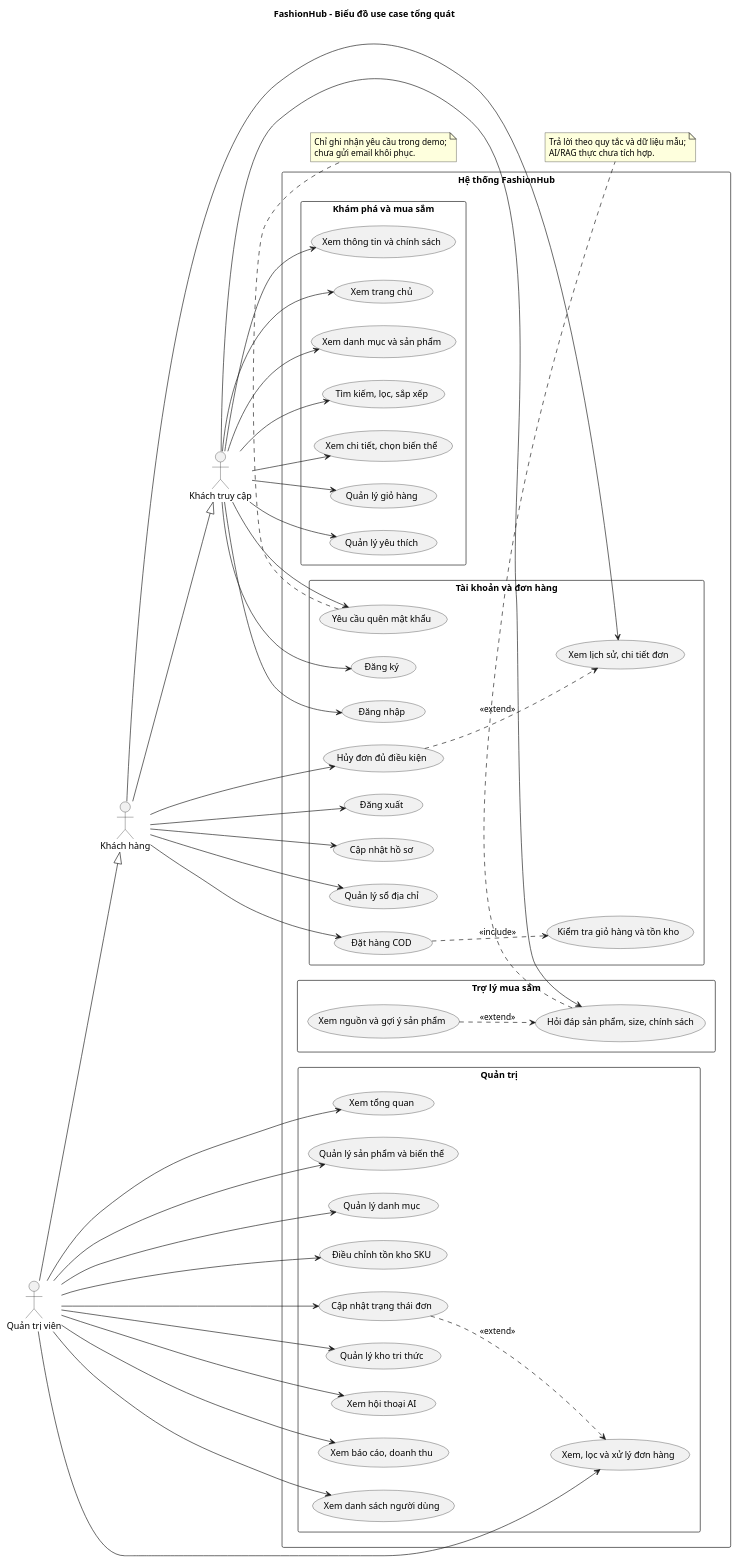
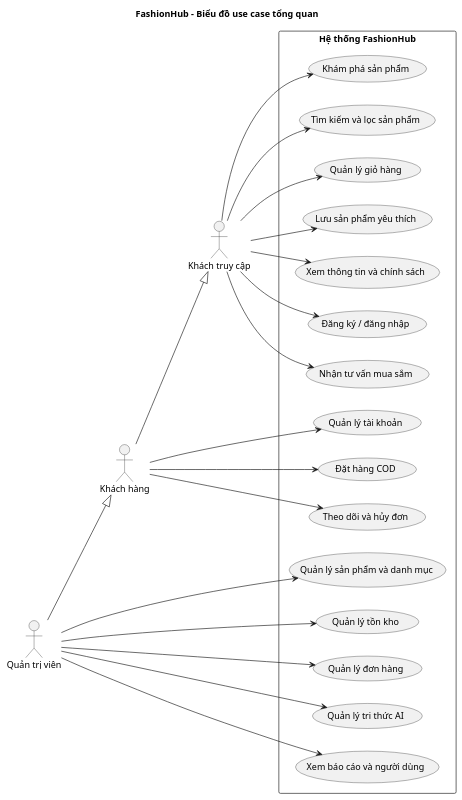
The diagram in docs/uml/use-case-overview.puml (cqhvn22/fashion-store), drawn with PlantUML before and after one commit. The commit also changed 1 other file, not shown here.

Commit message:
Simplify overall use case diagram

```diff
--- a/docs/uml/use-case-overview.puml
+++ b/docs/uml/use-case-overview.puml
@@ -1,95 +1,45 @@
 @startuml
-title FashionHub - Biểu đồ use case tổng quát
+title FashionHub - Biểu đồ use case tổng quan
 left to right direction
-skinparam packageStyle rectangle
 skinparam shadowing false
 
-actor "Khách truy cập" as Visitor
+actor "Khách truy cập" as Guest
 actor "Khách hàng" as Customer
 actor "Quản trị viên" as Admin
-Customer --|> Visitor
+Customer --|> Guest
 Admin --|> Customer
 
 rectangle "Hệ thống FashionHub" {
-  package "Khám phá và mua sắm" {
-    usecase "Xem trang chủ" as UC_Home
-    usecase "Xem danh mục và sản phẩm" as UC_Browse
-    usecase "Tìm kiếm, lọc, sắp xếp" as UC_Search
-    usecase "Xem chi tiết, chọn biến thể" as UC_Detail
-    usecase "Quản lý giỏ hàng" as UC_Cart
-    usecase "Quản lý yêu thích" as UC_Wishlist
-    usecase "Xem thông tin và chính sách" as UC_Content
-  }
-  package "Tài khoản và đơn hàng" {
-    usecase "Đăng ký" as UC_Register
-    usecase "Đăng nhập" as UC_Login
-    usecase "Yêu cầu quên mật khẩu" as UC_Forgot
-    usecase "Đăng xuất" as UC_Logout
-    usecase "Cập nhật hồ sơ" as UC_Profile
-    usecase "Quản lý sổ địa chỉ" as UC_Address
-    usecase "Đặt hàng COD" as UC_Checkout
-    usecase "Kiểm tra giỏ hàng và tồn kho" as UC_Validate
-    usecase "Xem lịch sử, chi tiết đơn" as UC_MyOrders
-    usecase "Hủy đơn đủ điều kiện" as UC_Cancel
-  }
-  package "Trợ lý mua sắm" {
-    usecase "Hỏi đáp sản phẩm, size, chính sách" as UC_Chat
-    usecase "Xem nguồn và gợi ý sản phẩm" as UC_Sources
-  }
-  package "Quản trị" {
-    usecase "Xem tổng quan" as UC_Dashboard
-    usecase "Quản lý sản phẩm và biến thể" as UC_Products
-    usecase "Quản lý danh mục" as UC_Categories
-    usecase "Điều chỉnh tồn kho SKU" as UC_Inventory
-    usecase "Xem, lọc và xử lý đơn hàng" as UC_AdminOrders
-    usecase "Cập nhật trạng thái đơn" as UC_Status
-    usecase "Quản lý kho tri thức" as UC_Knowledge
-    usecase "Xem hội thoại AI" as UC_Conversations
-    usecase "Xem báo cáo, doanh thu" as UC_Reports
-    usecase "Xem danh sách người dùng" as UC_Users
-  }
+  usecase "Khám phá sản phẩm" as Browse
+  usecase "Tìm kiếm và lọc sản phẩm" as Search
+  usecase "Quản lý giỏ hàng" as Cart
+  usecase "Lưu sản phẩm yêu thích" as Wishlist
+  usecase "Xem thông tin và chính sách" as Info
+  usecase "Đăng ký / đăng nhập" as Auth
+  usecase "Nhận tư vấn mua sắm" as Chat
+  usecase "Quản lý tài khoản" as Account
+  usecase "Đặt hàng COD" as Checkout
+  usecase "Theo dõi và hủy đơn" as MyOrders
+  usecase "Quản lý sản phẩm và danh mục" as ManageCatalog
+  usecase "Quản lý tồn kho" as ManageStock
+  usecase "Quản lý đơn hàng" as ManageOrders
+  usecase "Quản lý tri thức AI" as ManageKnowledge
+  usecase "Xem báo cáo và người dùng" as Reports
 }
 
-Visitor --> UC_Home
-Visitor --> UC_Browse
-Visitor --> UC_Search
-Visitor --> UC_Detail
-Visitor --> UC_Cart
-Visitor --> UC_Wishlist
-Visitor --> UC_Content
-Visitor --> UC_Register
-Visitor --> UC_Login
-Visitor --> UC_Forgot
-Visitor --> UC_Chat
-UC_Sources ..> UC_Chat : <<extend>>
-
-Customer --> UC_Logout
-Customer --> UC_Profile
-Customer --> UC_Address
-Customer --> UC_Checkout
-Customer --> UC_MyOrders
-Customer --> UC_Cancel
-UC_Checkout ..> UC_Validate : <<include>>
-UC_Cancel ..> UC_MyOrders : <<extend>>
-
-Admin --> UC_Dashboard
-Admin --> UC_Products
-Admin --> UC_Categories
-Admin --> UC_Inventory
-Admin --> UC_AdminOrders
-Admin --> UC_Status
-Admin --> UC_Knowledge
-Admin --> UC_Conversations
-Admin --> UC_Reports
-Admin --> UC_Users
-UC_Status ..> UC_AdminOrders : <<extend>>
-
-note bottom of UC_Forgot
-  Chỉ ghi nhận yêu cầu trong demo;
-  chưa gửi email khôi phục.
-end note
-note bottom of UC_Chat
-  Trả lời theo quy tắc và dữ liệu mẫu;
-  AI/RAG thực chưa tích hợp.
-end note
+Guest --> Browse
+Guest --> Search
+Guest --> Cart
+Guest --> Wishlist
+Guest --> Info
+Guest --> Auth
+Guest --> Chat
+Customer --> Account
+Customer --> Checkout
+Customer --> MyOrders
+Admin --> ManageCatalog
+Admin --> ManageStock
+Admin --> ManageOrders
+Admin --> ManageKnowledge
+Admin --> Reports
 @enduml
```
